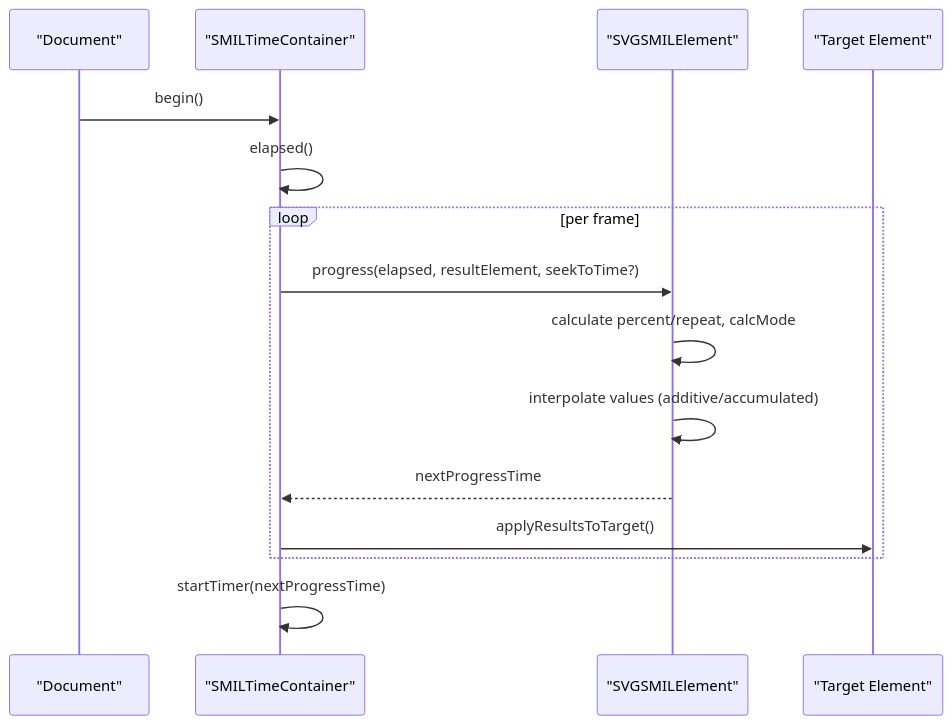
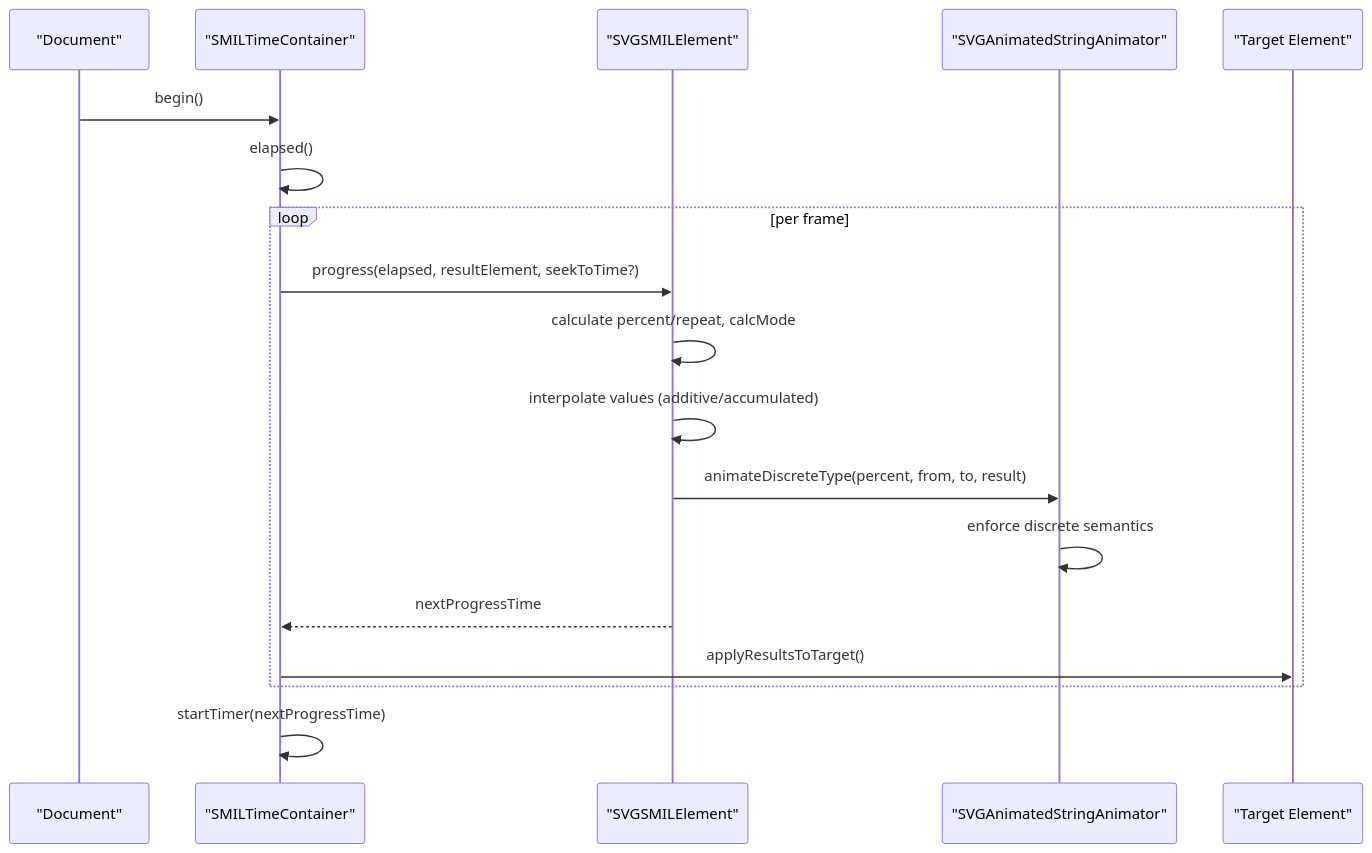
Before and after one commit to denisnadey/flutter_full_svg_support: the second of 9 diagrams in .qoder/repowiki/en/content/Animated SVG Support/SMIL Animation Specification/SMIL Animation Specification.md, drawn with Mermaid. The commit also changed other lines of this file and 40 other files, not shown here.

````diff
--- a/.qoder/repowiki/en/content/Animated SVG Support/SMIL Animation Specification/SMIL Animation Specification.md
+++ b/.qoder/repowiki/en/content/Animated SVG Support/SMIL Animation Specification/SMIL Animation Specification.md
@@ -115,17 +139,20 @@
 ```mermaid
 sequenceDiagram
 participant Doc as "Document"
 participant Container as "SMILTimeContainer"
 participant Element as "SVGSMILElement"
+participant Animator as "SVGAnimatedStringAnimator"
 participant Target as "Target Element"
 Doc->>Container : begin()
 Container->>Container : elapsed()
 loop per frame
 Container->>Element : progress(elapsed, resultElement, seekToTime?)
 Element->>Element : calculate percent/repeat, calcMode
 Element->>Element : interpolate values (additive/accumulated)
+Element->>Animator : animateDiscreteType(percent, from, to, result)
+Animator->>Animator : enforce discrete semantics
 Element-->>Container : nextProgressTime
 Container->>Target : applyResultsToTarget()
 end
 Container->>Container : startTimer(nextProgressTime)
 ```
````
